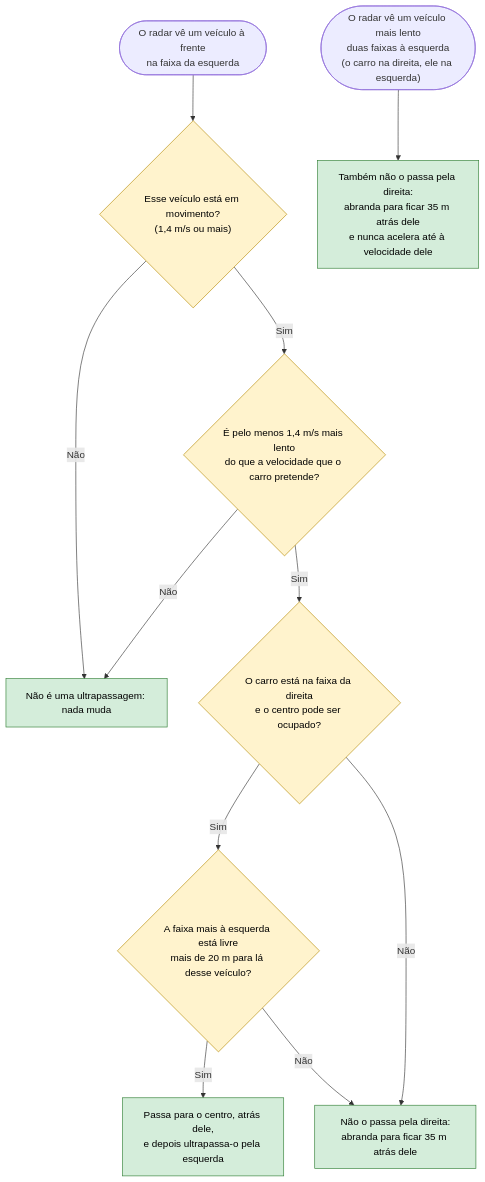
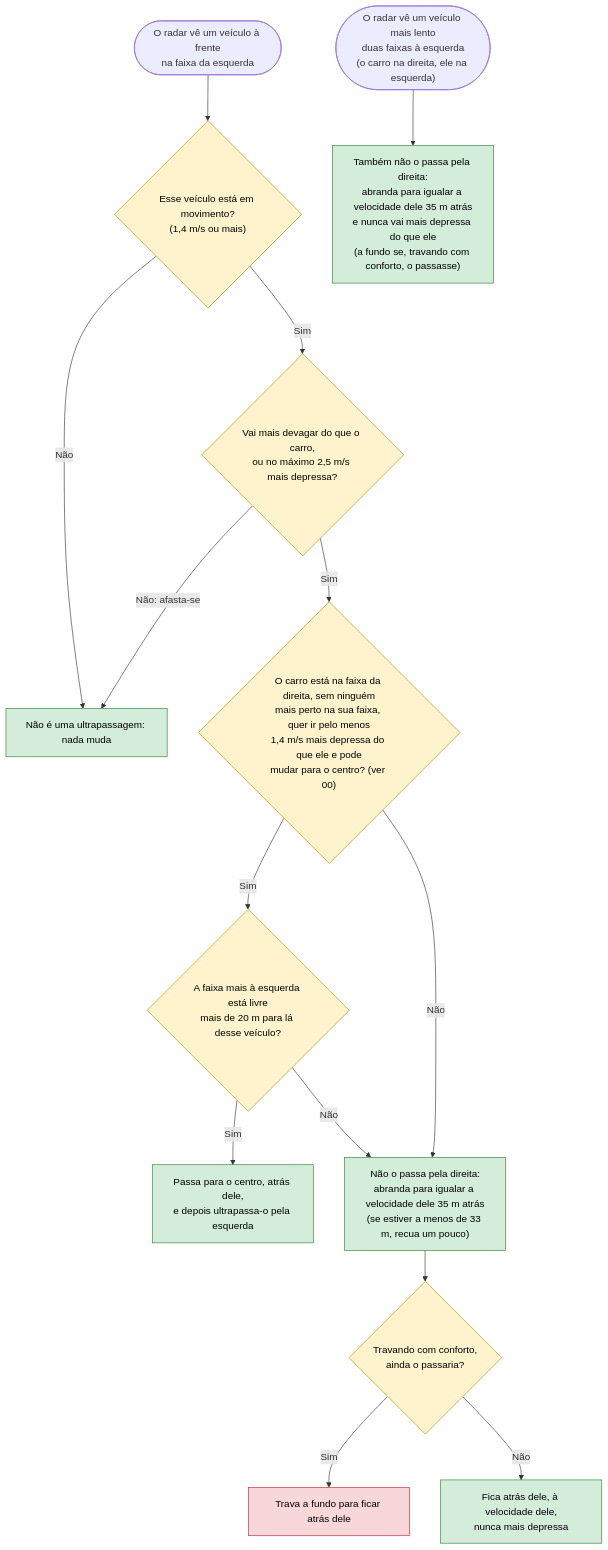
Before and after one commit to 1-2Drive/projeto-1: the second of 4 diagrams in docs/fluxogramas/fluxogramas_apresentar/11-ultrapassagens.md, drawn with Mermaid. The commit also changed other lines of this file and 38 other files, not shown here.

````diff
--- a/docs/fluxogramas/fluxogramas_apresentar/11-ultrapassagens.md
+++ b/docs/fluxogramas/fluxogramas_apresentar/11-ultrapassagens.md
@@ -37,18 +39,23 @@
 ```mermaid
 flowchart TD
     S(["O radar vê um veículo à frente<br/>na faixa da esquerda"]) --> Q1{"Esse veículo está em movimento?<br/>(1,4 m/s ou mais)"}
     Q1 -- "Não" --> A0["Não é uma ultrapassagem: nada muda"]
-    Q1 -- "Sim" --> Q2{"É pelo menos 1,4 m/s mais lento<br/>do que a velocidade que o carro pretende?"}
-    Q2 -- "Não" --> A0
-    Q2 -- "Sim" --> Q3{"O carro está na faixa da direita<br/>e o centro pode ser ocupado?"}
+    Q1 -- "Sim" --> Q2{"Vai mais devagar do que o carro,<br/>ou no máximo 2,5 m/s mais depressa?"}
+    Q2 -- "Não: afasta-se" --> A0
+    Q2 -- "Sim" --> Q3{"O carro está na faixa da direita, sem ninguém<br/>mais perto na sua faixa, quer ir pelo menos<br/>1,4 m/s mais depressa do que ele e pode<br/>mudar para o centro? (ver 00)"}
     Q3 -- "Sim" --> Q4{"A faixa mais à esquerda está livre<br/>mais de 20 m para lá desse veículo?"}
     Q4 -- "Sim" --> A1["Passa para o centro, atrás dele,<br/>e depois ultrapassa-o pela esquerda"]
     Q4 -- "Não" --> A2
-    Q3 -- "Não" --> A2["Não o passa pela direita:<br/>abranda para ficar 35 m atrás dele"]
-    S2(["O radar vê um veículo mais lento<br/>duas faixas à esquerda<br/>(o carro na direita, ele na esquerda)"]) --> A3["Também não o passa pela direita:<br/>abranda para ficar 35 m atrás dele<br/>e nunca acelera até à velocidade dele"]
+    Q3 -- "Não" --> A2["Não o passa pela direita:<br/>abranda para igualar a velocidade dele 35 m atrás<br/>(se estiver a menos de 33 m, recua um pouco)"]
+    A2 --> Q5{"Travando com conforto,<br/>ainda o passaria?"}
+    Q5 -- "Sim" --> A4["Trava a fundo para ficar atrás dele"]
+    Q5 -- "Não" --> A2b["Fica atrás dele, à velocidade dele,<br/>nunca mais depressa"]
+    S2(["O radar vê um veículo mais lento<br/>duas faixas à esquerda<br/>(o carro na direita, ele na esquerda)"]) --> A3["Também não o passa pela direita:<br/>abranda para igualar a velocidade dele 35 m atrás<br/>e nunca vai mais depressa do que ele<br/>(a fundo se, travando com conforto, o passasse)"]
 
     classDef dec fill:#fff3cd,stroke:#b58900,color:#000
     classDef acao fill:#d4edda,stroke:#2e7d32,color:#000
-    class Q1,Q2,Q3,Q4 dec
-    class A0,A1,A2,A3 acao
+    classDef forte fill:#f8d7da,stroke:#b02a37,color:#000
+    class Q1,Q2,Q3,Q4,Q5 dec
+    class A0,A1,A2,A2b,A3 acao
+    class A4 forte
 ```
````
